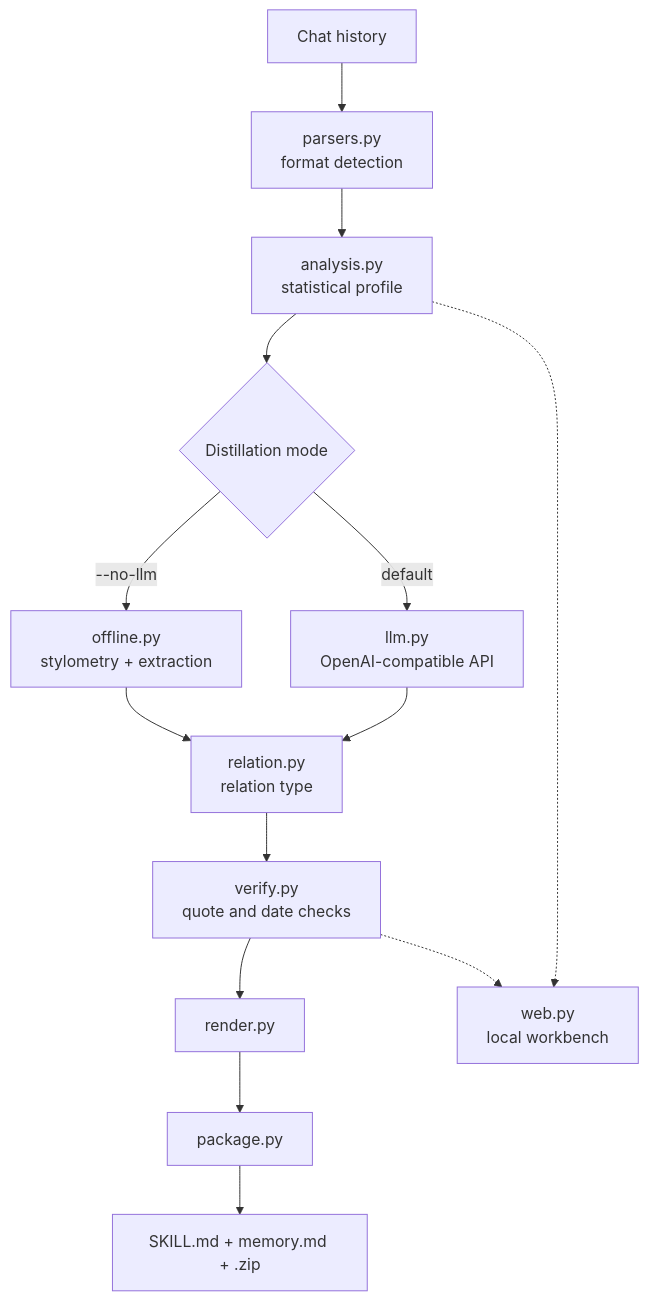
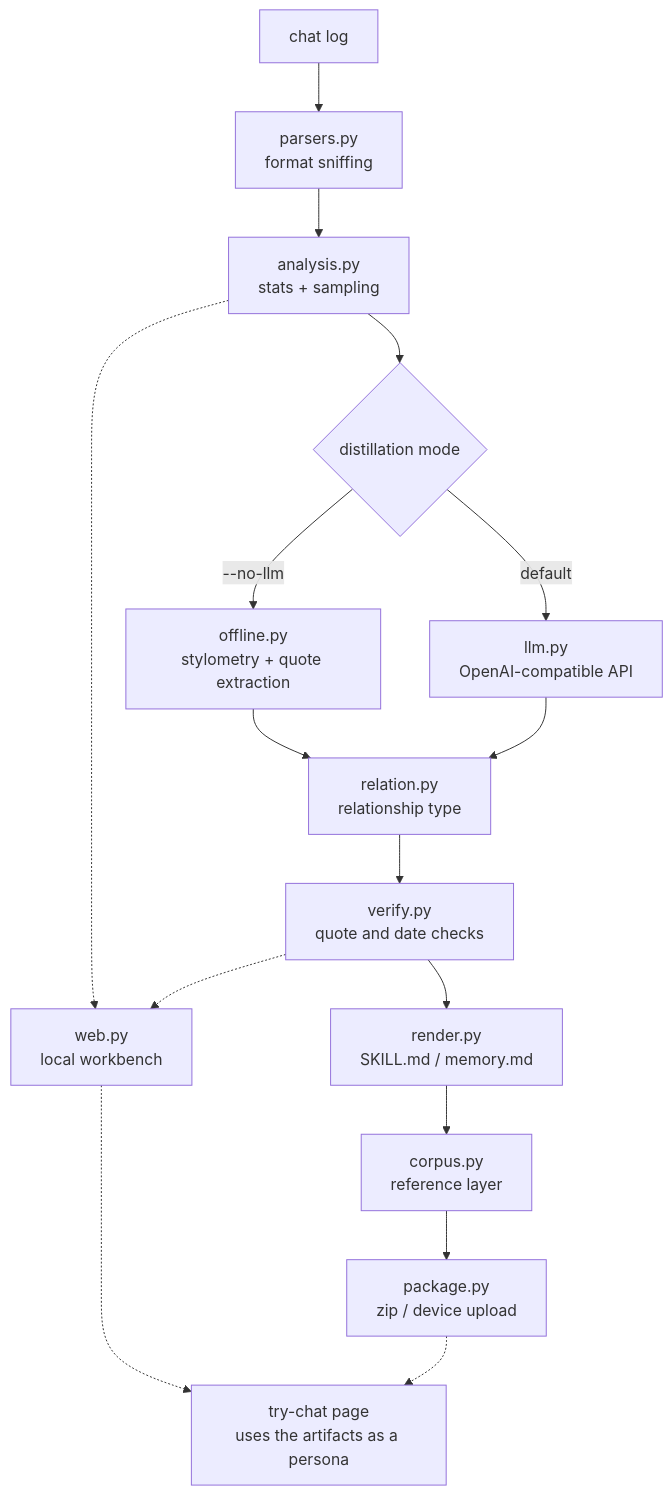
One commit to QZzwj/kith-skill changed the diagram in README.en.md. Above: the diagram before and after it, drawn with Mermaid. The commit also changed other lines of this file and 1 other file, not shown here.

````diff
--- a/README.en.md
+++ b/README.en.md
@@ -70,16 +127,18 @@
 ```mermaid
 graph TD
-  A[Chat history] --> B[parsers.py<br/>format detection]
-  B --> C[analysis.py<br/>statistical profile]
-  C --> D{Distillation mode}
-  D -->|--no-llm| E[offline.py<br/>stylometry + extraction]
+  A[chat log] --> B[parsers.py<br/>format sniffing]
+  B --> C[analysis.py<br/>stats + sampling]
+  C --> D{distillation mode}
+  D -->|--no-llm| E[offline.py<br/>stylometry + quote extraction]
   D -->|default| F[llm.py<br/>OpenAI-compatible API]
-  E --> G[relation.py<br/>relation type]
+  E --> G[relation.py<br/>relationship type]
   F --> G
   G --> H[verify.py<br/>quote and date checks]
-  H --> I[render.py]
-  I --> J[package.py]
-  J --> K[SKILL.md + memory.md + .zip]
+  H --> I[render.py<br/>SKILL.md / memory.md]
+  I --> J[corpus.py<br/>reference layer]
+  J --> K[package.py<br/>zip / device upload]
   C -.-> W[web.py<br/>local workbench]
   H -.-> W
+  W -.-> P[try-chat page<br/>uses the artifacts as a persona]
+  K -.-> P
 ```
````
